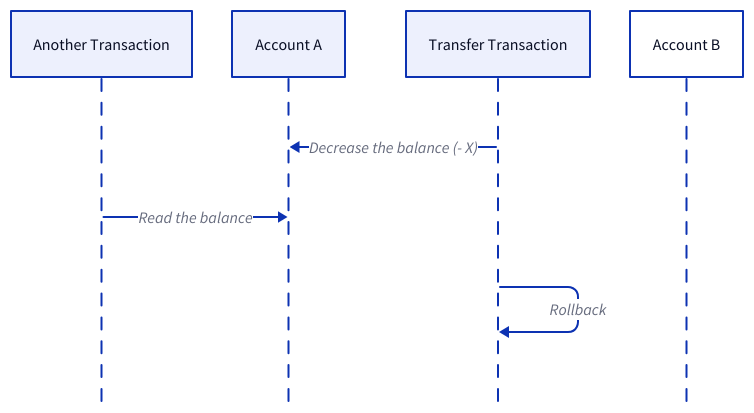
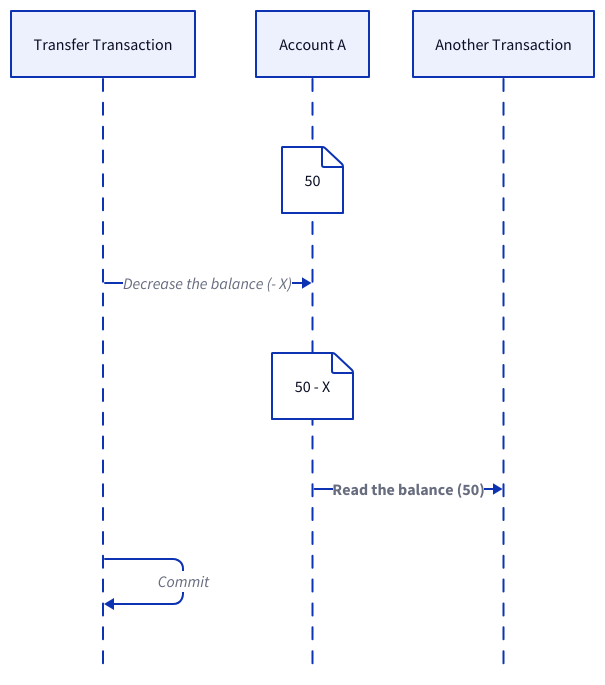
One commit to link1905/system-design-101 changed the fourth of 29 diagrams in content/docs/data-persistence/sql-database/concurrency-control.md. Above: the diagram before and after it, drawn with D2. The commit also changed other lines of this file and 40 other files, not shown here.

````diff
--- a/content/docs/data-persistence/sql-database/concurrency-control.md
+++ b/content/docs/data-persistence/sql-database/concurrency-control.md
@@ -119,13 +132,19 @@
 ```d2
-
 shape: sequence_diagram
+t: Transfer Transaction
+a: Account A
 t1: Another Transaction
-a: Account A
-t: Transfer Transaction
-b: Account B
+a {
+  "50"
+}
 t -> a: Decrease the balance (- X)
-t1 -> a: Read the balance
-t -> t: Rollback {
+a {
+  "50 - X"
+}
+t1 <- a: Read the balance (50) {
+  style.bold: true
+}
+t -> t: Commit {
     class: error-conn
 }
 ```
````
